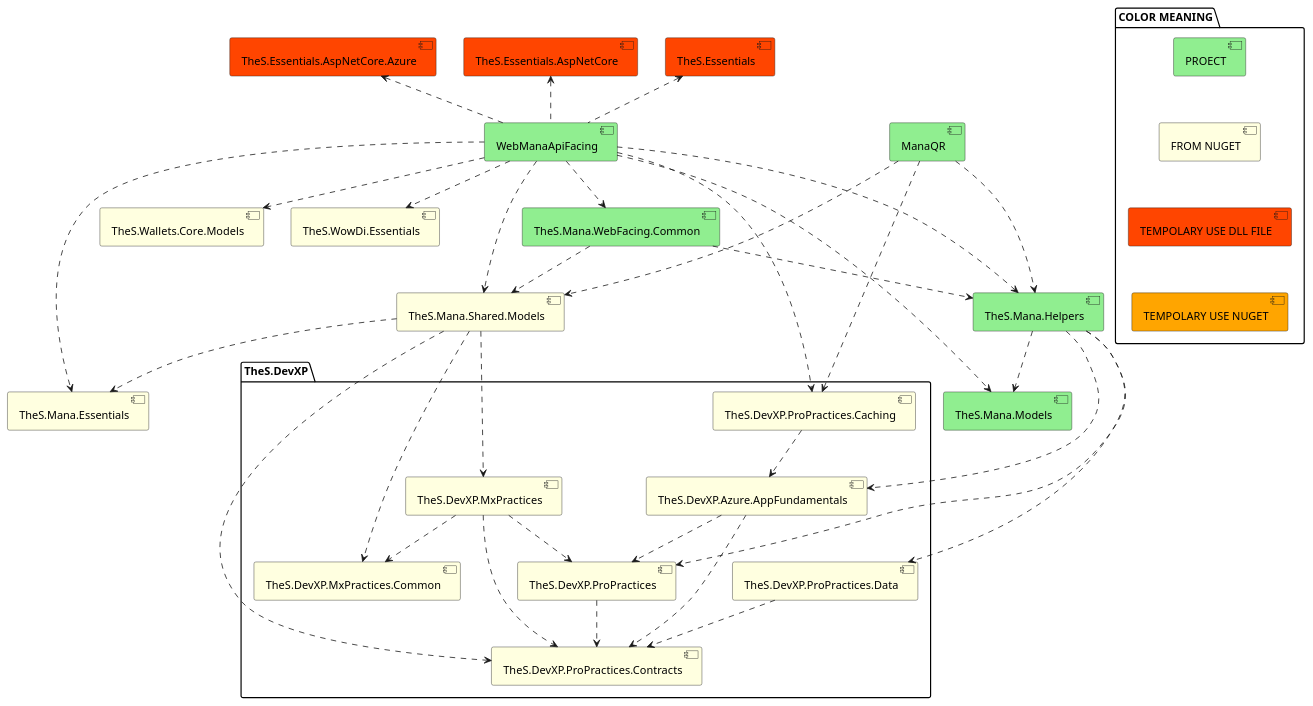
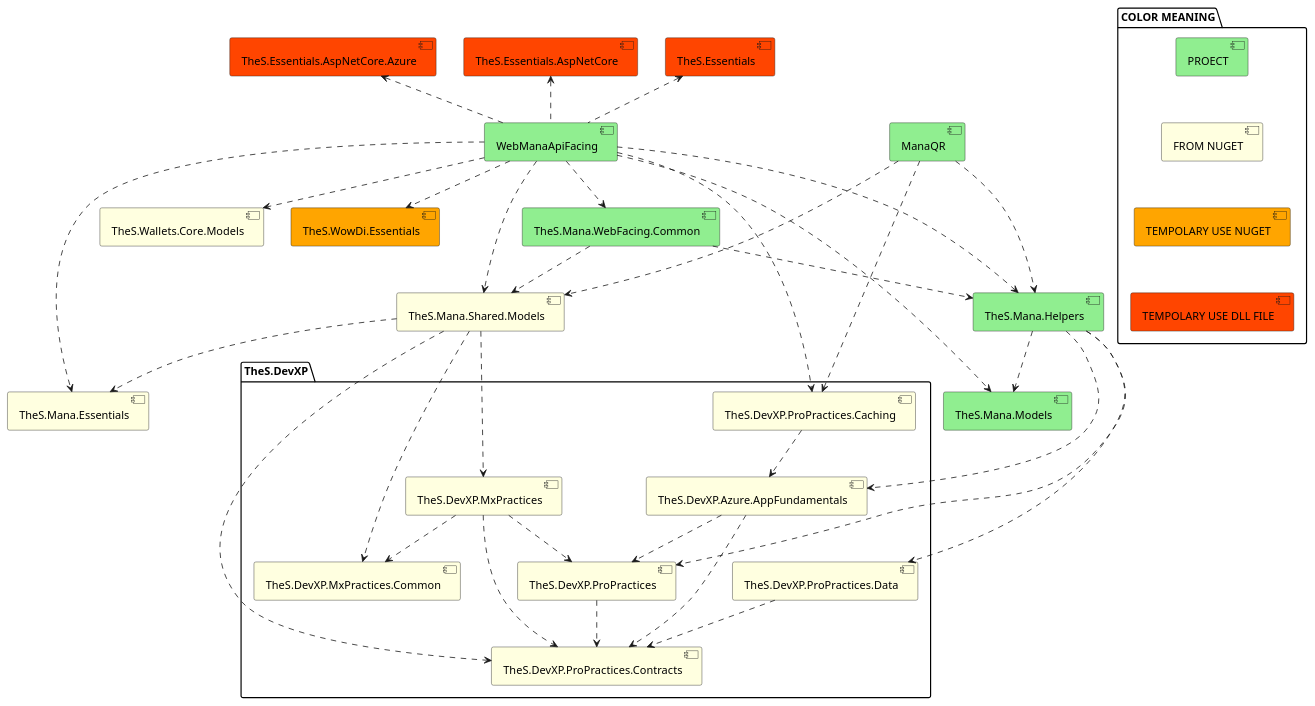
Before and after one commit to BugLordTO/cart-ideas: the diagram in mana-structure/ManaWalletFacing.puml, drawn with PlantUML. The commit also changed 7 other files, not shown here.

```diff
--- a/mana-structure/ManaWalletFacing.puml
+++ b/mana-structure/ManaWalletFacing.puml
@@ -1,79 +1,79 @@
 @startuml ManaWalletFacing
 
 package "COLOR MEANING" {
 	[PROECT] #LightGreen
 	[FROM NUGET] #LightYellow
+	[TEMPOLARY USE NUGET] #Orange
 	[TEMPOLARY USE DLL FILE] #OrangeRed
-	[TEMPOLARY USE NUGET] #Orange
 
 	[PROECT] -[hidden]- [FROM NUGET]
-	[FROM NUGET] -[hidden]- [TEMPOLARY USE DLL FILE]
-	[TEMPOLARY USE DLL FILE] -[hidden]- [TEMPOLARY USE NUGET]
+	[FROM NUGET] -[hidden]- [TEMPOLARY USE NUGET]
+	[TEMPOLARY USE NUGET] -[hidden]- [TEMPOLARY USE DLL FILE]
 }
 
 [WebManaApiFacing] #LightGreen
 [ManaQR] #LightGreen
 
 [TheS.Essentials] #OrangeRed
 [TheS.Essentials.AspNetCore] #OrangeRed
 [TheS.Essentials.AspNetCore.Azure] #OrangeRed
 
 package TheS.DevXP {
 	[TheS.DevXP.Azure.AppFundamentals] #LightYellow
 	[TheS.DevXP.ProPractices] #LightYellow
 	[TheS.DevXP.ProPractices.Caching] #LightYellow
 	[TheS.DevXP.ProPractices.Contracts] #LightYellow
 	[TheS.DevXP.MxPractices] #LightYellow
 	[TheS.DevXP.MxPractices.Common] #LightYellow
 	[TheS.DevXP.ProPractices.Data] #LightYellow
 }
 [TheS.Mana.Essentials] #LightYellow
 [TheS.Mana.Shared.Models] #LightYellow
 [TheS.Wallets.Core.Models] #LightYellow
-[TheS.WowDi.Essentials] #LightYellow
+[TheS.WowDi.Essentials] #Orange
 
 [TheS.Mana.WebFacing.Common] #LightGreen
 [TheS.Mana.Helpers] #LightGreen
 [TheS.Mana.Models] #LightGreen
 
 
 
 [WebManaApiFacing] .u.> [TheS.Essentials]
 [WebManaApiFacing] .u.> [TheS.Essentials.AspNetCore]
 [WebManaApiFacing] .u.> [TheS.Essentials.AspNetCore.Azure]
 
 [WebManaApiFacing] ..> [TheS.DevXP.ProPractices.Caching]
 [TheS.DevXP.ProPractices.Caching] ..> [TheS.DevXP.Azure.AppFundamentals]
 [TheS.DevXP.Azure.AppFundamentals] ..> [TheS.DevXP.ProPractices]
 [TheS.DevXP.Azure.AppFundamentals] ..> [TheS.DevXP.ProPractices.Contracts]
 [TheS.DevXP.ProPractices] ..> [TheS.DevXP.ProPractices.Contracts]
 [WebManaApiFacing] ..> [TheS.Mana.Essentials]
 [WebManaApiFacing] ..> [TheS.Mana.Shared.Models]
 [TheS.Mana.Shared.Models] ..> [TheS.DevXP.MxPractices]
 [TheS.DevXP.MxPractices] ..> [TheS.DevXP.MxPractices.Common]
 [TheS.DevXP.MxPractices] ..> [TheS.DevXP.ProPractices]
 [TheS.DevXP.MxPractices] ..> [TheS.DevXP.ProPractices.Contracts]
 [TheS.Mana.Shared.Models] ..> [TheS.DevXP.MxPractices.Common]
 [TheS.Mana.Shared.Models] ..> [TheS.DevXP.ProPractices.Contracts]
 [TheS.Mana.Shared.Models] ..> [TheS.Mana.Essentials]
 [WebManaApiFacing] ..> [TheS.Wallets.Core.Models]
 [WebManaApiFacing] ..> [TheS.WowDi.Essentials]
 
 [WebManaApiFacing] ..> [TheS.Mana.Models]
 [WebManaApiFacing] ..> [TheS.Mana.WebFacing.Common]
 [TheS.Mana.WebFacing.Common] ..> [TheS.Mana.Shared.Models]
 [TheS.Mana.WebFacing.Common] ..> [TheS.Mana.Helpers]
 [WebManaApiFacing] ..> [TheS.Mana.Helpers]
 [TheS.Mana.Helpers] ...> [TheS.DevXP.Azure.AppFundamentals]
 [TheS.Mana.Helpers] ..> [TheS.DevXP.ProPractices]
 [TheS.Mana.Helpers] ..> [TheS.DevXP.ProPractices.Data]
 [TheS.DevXP.ProPractices.Data] ..> [TheS.DevXP.ProPractices.Contracts]
 [TheS.Mana.Helpers] ..> [TheS.Mana.Models]
 
 
 
 [ManaQR] ..> [TheS.DevXP.ProPractices.Caching]
 [ManaQR] ..> [TheS.Mana.Shared.Models]
 [ManaQR] ...> [TheS.Mana.Helpers]
 
 @enduml
```
